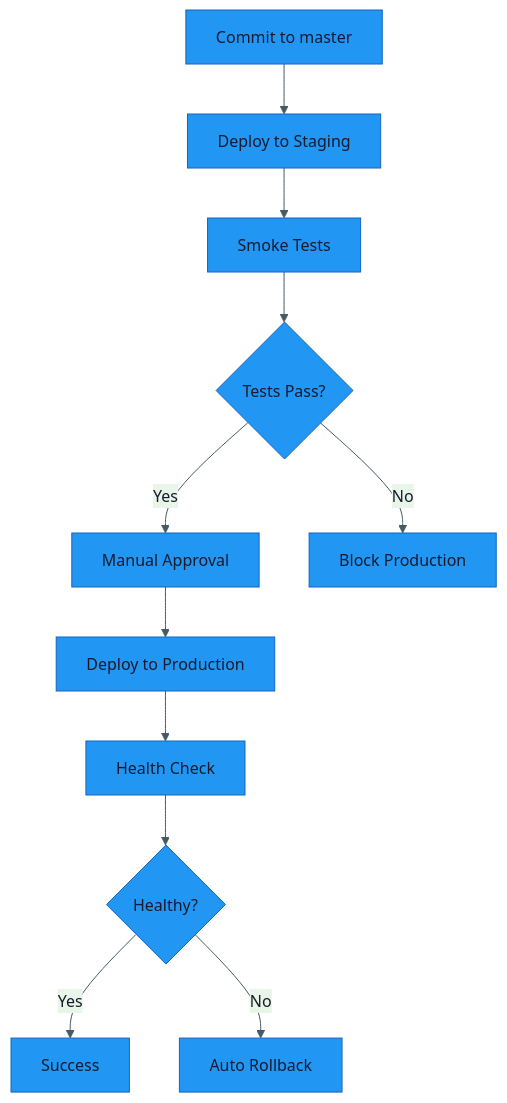
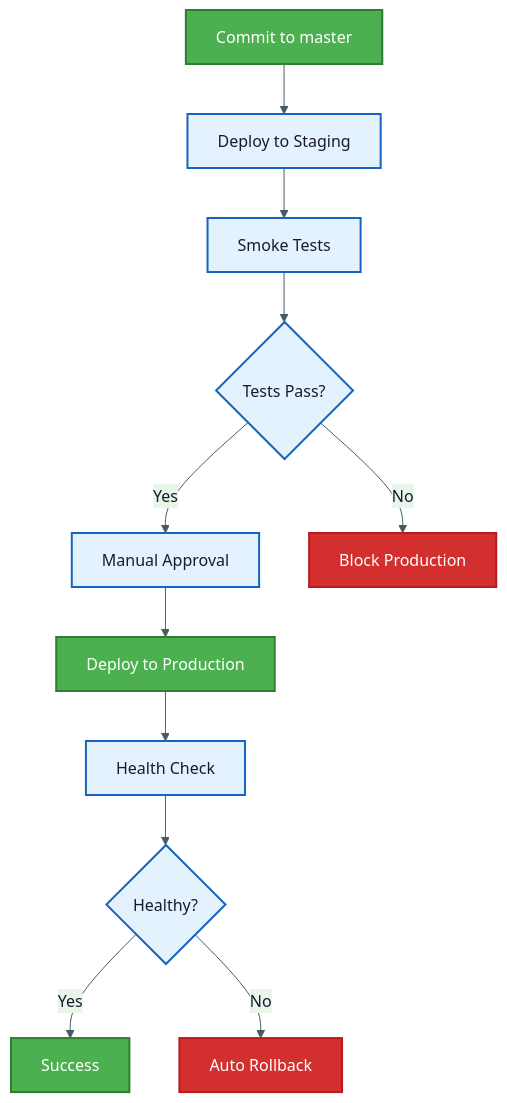
The sixth of 6 diagrams in FUTURE_WORKFLOWS.md (Hack23/homepage), drawn with Mermaid before and after one commit. The commit also changed other lines of this file and 19 other files, not shown here.

First line of the commit message:
Add style-guide-compliant classDef styling to 44 unstyled flowcharts

````diff
--- a/FUTURE_WORKFLOWS.md
+++ b/FUTURE_WORKFLOWS.md
@@ -899,14 +931,26 @@
 ```mermaid
 %%{init: {"theme": "base", "themeVariables": {"primaryColor": "#2196F3", "primaryTextColor": "#1a1a2e", "lineColor": "#455A64", "secondaryColor": "#e8f5e9", "tertiaryColor": "#fff8e1", "primaryBorderColor": "#1565C0"}}}%%
 graph TB
     A[Commit to master] --> B[Deploy to Staging]
     B --> C[Smoke Tests]
     C --> D{Tests Pass?}
     D -->|Yes| E[Manual Approval]
     D -->|No| F[Block Production]
     E --> G[Deploy to Production]
     G --> H[Health Check]
     H --> I{Healthy?}
     I -->|Yes| J[Success]
     I -->|No| K[Auto Rollback]
+
+    classDef default fill:#e3f2fd,stroke:#1565C0,stroke-width:2px,color:#1a1a2e
+    classDef primary fill:#2196F3,stroke:#1565C0,stroke-width:2px,color:#ffffff
+    classDef success fill:#4CAF50,stroke:#2E7D32,stroke-width:2px,color:#ffffff
+    classDef warning fill:#FF9800,stroke:#F57C00,stroke-width:2px,color:#ffffff
+    classDef danger fill:#D32F2F,stroke:#B71C1C,stroke-width:2px,color:#ffffff
+    classDef info fill:#455A64,stroke:#263238,stroke-width:2px,color:#ffffff
+    class A success
+    class F danger
+    class G success
+    class J success
+    class K danger
 ```
````
